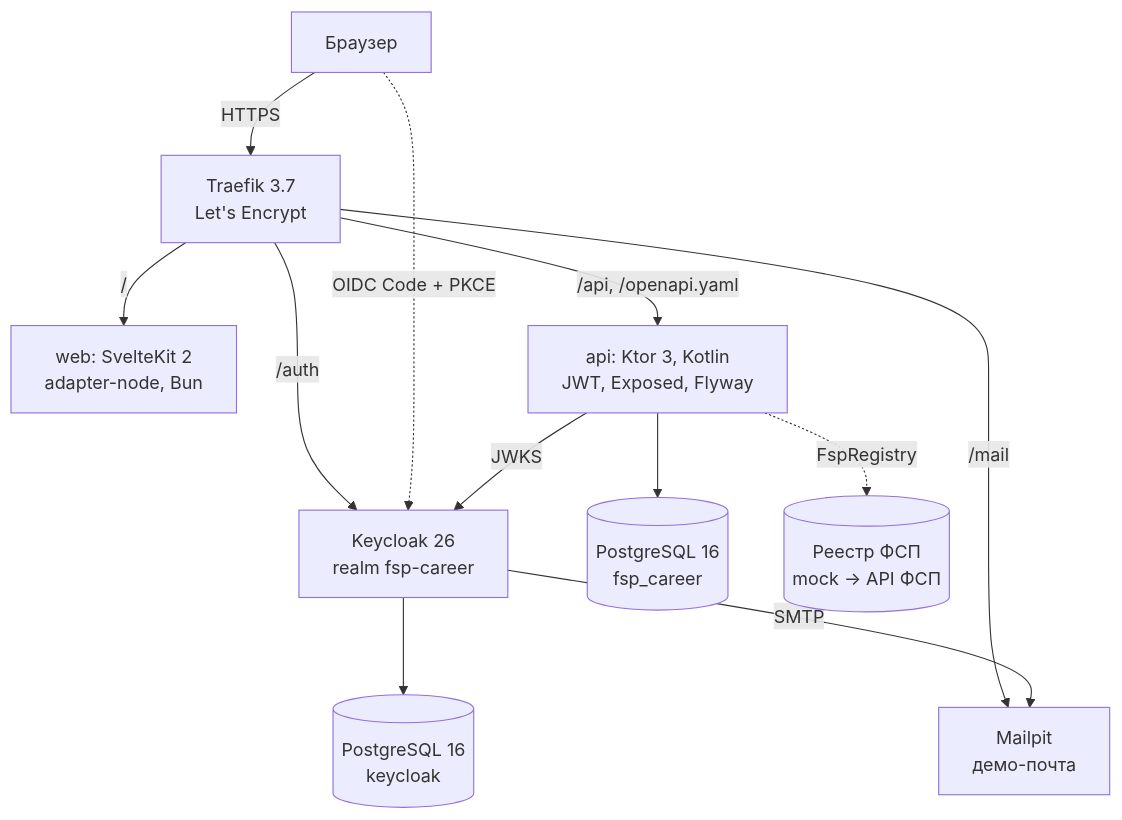
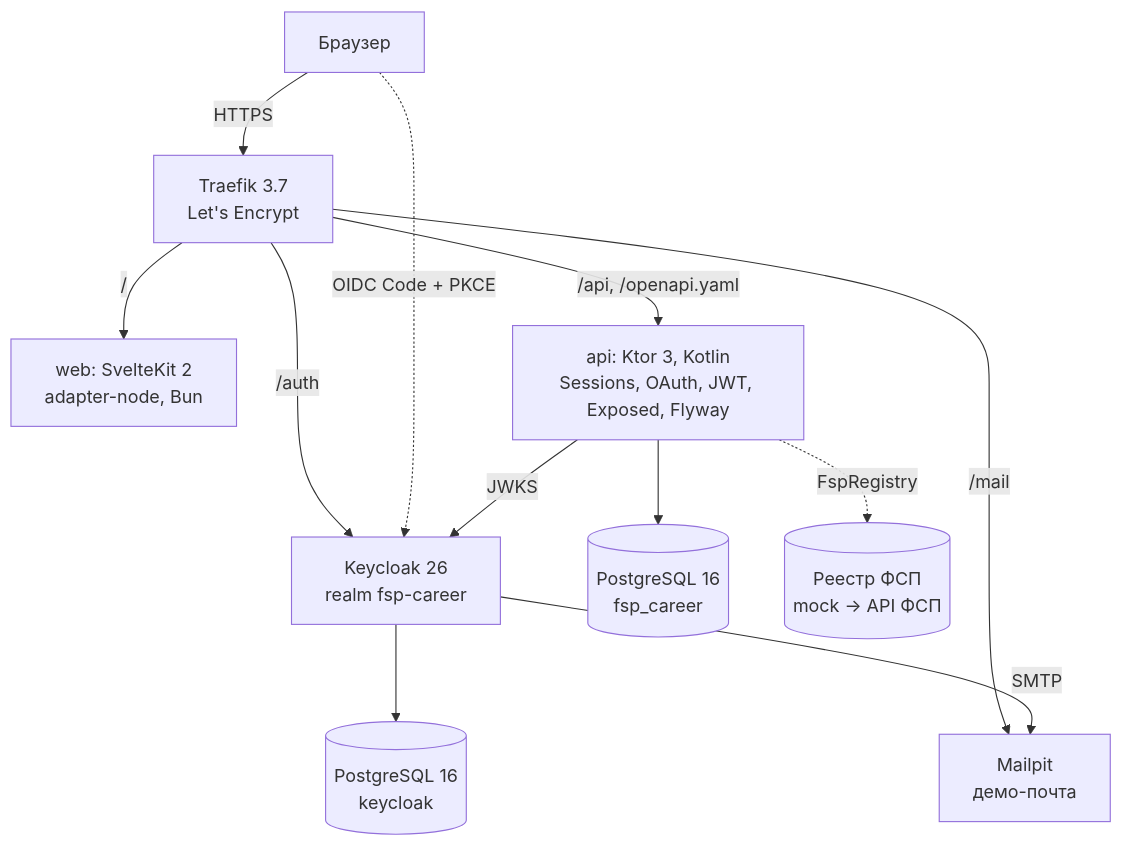
The second of 2 diagrams in docs/documentation/02-architecture.md (06ED/fsp-career), drawn with Mermaid before and after one commit. The commit also changed other lines of this file and 189 other files, not shown here.

````diff
--- a/docs/documentation/02-architecture.md
+++ b/docs/documentation/02-architecture.md
@@ -42,14 +42,14 @@
 ```mermaid
 flowchart TB
   B[Браузер] -->|HTTPS| T[Traefik 3.7<br/>Let's Encrypt]
   T -->|/| W[web: SvelteKit 2<br/>adapter-node, Bun]
-  T -->|/api, /openapi.yaml| A[api: Ktor 3, Kotlin<br/>JWT, Exposed, Flyway]
+  T -->|/api, /openapi.yaml| A[api: Ktor 3, Kotlin<br/>Sessions, OAuth, JWT, Exposed, Flyway]
   T -->|/auth| K[Keycloak 26<br/>realm fsp-career]
   T -->|/mail| M[Mailpit<br/>демо-почта]
   B -.->|OIDC Code + PKCE| K
   A -->|JWKS| K
   A --> P[(PostgreSQL 16<br/>fsp_career)]
   K --> KP[(PostgreSQL 16<br/>keycloak)]
   K -->|SMTP| M
   A -.->|FspRegistry| R[(Реестр ФСП<br/>mock → API ФСП)]
 ```
````
